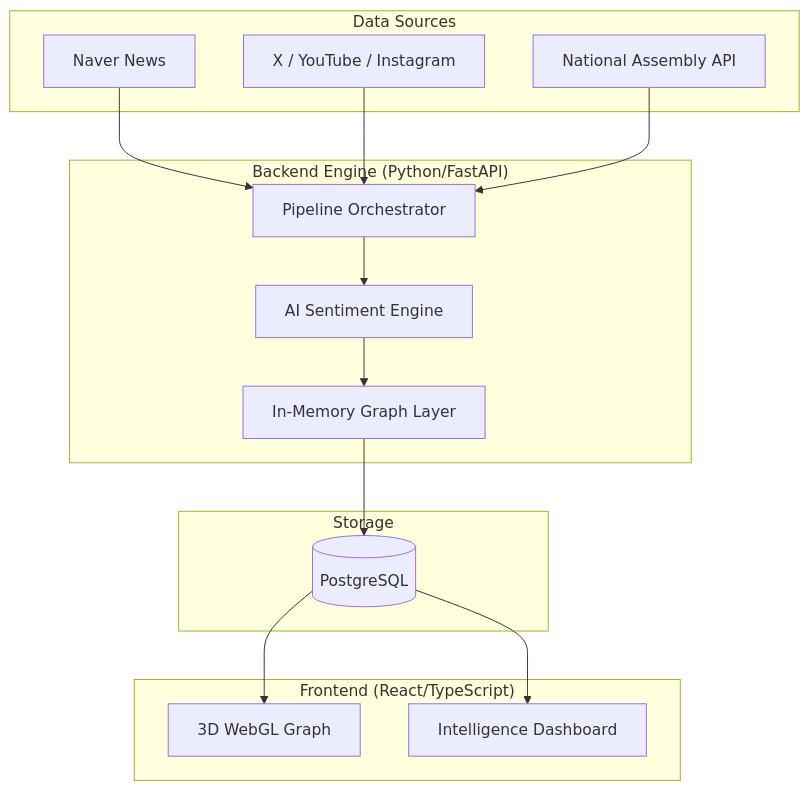
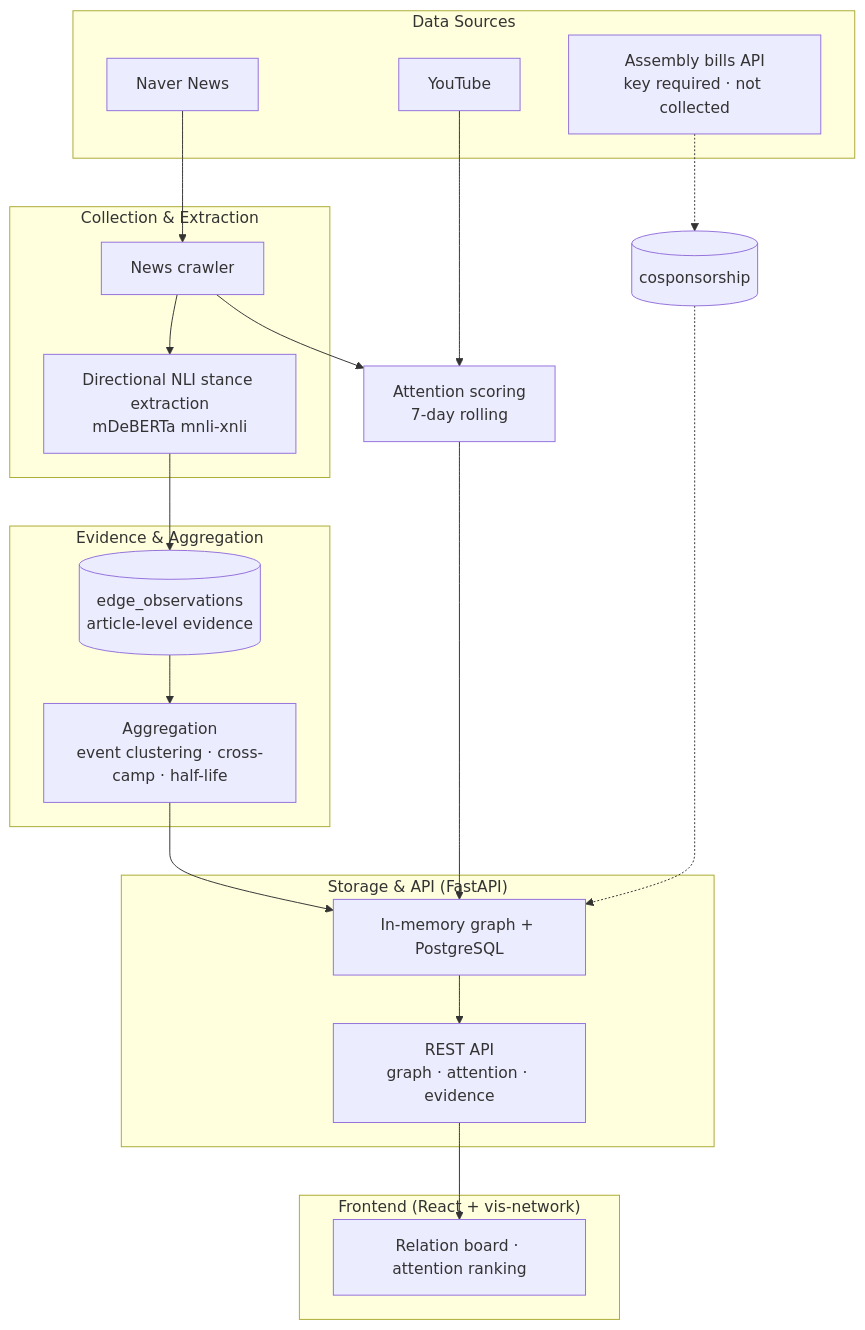
One commit to showjihyun/KoreaPolitician changed the diagram in README_EN.md. Above: the diagram before and after it, drawn with Mermaid. The commit also changed other lines of this file and 2 other files, not shown here.

````diff
--- a/README_EN.md
+++ b/README_EN.md
@@ -40,32 +88,33 @@
 ```mermaid
 graph TD
     subgraph "Data Sources"
         News[Naver News]
-        SNS[X / YouTube / Instagram]
-        Assembly[National Assembly API]
+        YT[YouTube]
+        Bills[Assembly bills API<br/>key required · not collected]
     end
 
-    subgraph "Backend Engine (Python/FastAPI)"
-        Orchestrator[Pipeline Orchestrator]
-        Sentiment[AI Sentiment Engine]
-        GraphLayer[In-Memory Graph Layer]
+    subgraph "Collection & Extraction"
+        Crawler[News crawler]
+        NLI[Directional NLI stance extraction<br/>mDeBERTa mnli-xnli]
     end
 
-    subgraph "Storage"
-        Postgres[(PostgreSQL)]
+    subgraph "Evidence & Aggregation"
+        Obs[(edge_observations<br/>article-level evidence)]
+        Agg[Aggregation<br/>event clustering · cross-camp · half-life]
     end
 
-    subgraph "Frontend (React/TypeScript)"
-        WebGL[3D WebGL Graph]
-        Dashboard[Intelligence Dashboard]
+    subgraph "Storage & API (FastAPI)"
+        Graph[In-memory graph + PostgreSQL]
+        API[REST API<br/>graph · attention · evidence]
     end
 
-    News --> Orchestrator
-    SNS --> Orchestrator
-    Assembly --> Orchestrator
-    Orchestrator --> Sentiment
-    Sentiment --> GraphLayer
-    GraphLayer --> Postgres
-    Postgres --> Dashboard
-    Postgres --> WebGL
+    subgraph "Frontend (React + vis-network)"
+        Board[Relation board · attention ranking]
+    end
+
+    News --> Crawler --> NLI --> Obs --> Agg --> Graph
+    Crawler --> Hot[Attention scoring<br/>7-day rolling]
+    YT --> Hot --> Graph
+    Bills -.-> Cos[(cosponsorship)] -.-> Graph
+    Graph --> API --> Board
 ```
````
